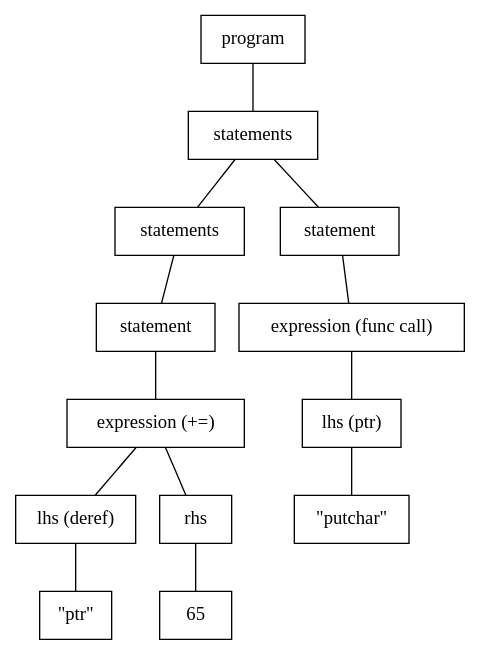
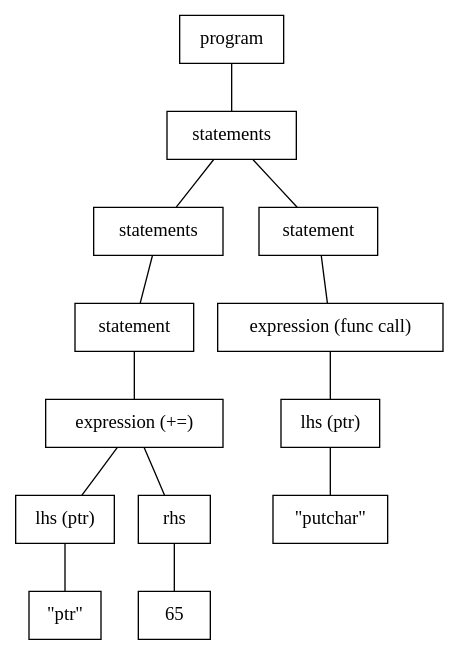
Before and after one commit to Tosainu/tosainu.github.com: the diagram in entry/2019/10/21/make-own-language-and-compiler/g.dot, drawn with Graphviz. The commit also changed 2 other files, not shown here.

```diff
--- a/entry/2019/10/21/make-own-language-and-compiler/g.dot
+++ b/entry/2019/10/21/make-own-language-and-compiler/g.dot
@@ -1,40 +1,40 @@
 graph G {
   node [shape=box];
 
   program -- ss2;
 
   ss2 [label = "statements"];
   ss2 -- ss1;
 
   ss1 [label = "statements"];
 
   s1 [label = "statement"];
   ss1 -- s1;
 
   e1 [label = "expression (+=)"];
   s1 -- e1;
 
-  l1 [label = "lhs (deref)"];
+  l1 [label = "lhs (ptr)"];
   e1 -- l1;
 
   v1 [label = "\"ptr\""];
   l1 -- v1;
 
   r1 [label = "rhs"];
   e1 -- r1;
 
   v2 [label = "65"];
   r1 -- v2;
 
   s2 [label = "statement"];
   ss2 -- s2;
 
   e2 [label = "expression (func call)"];
   s2 -- e2;
 
   l2 [label = "lhs (ptr)"];
   e2 -- l2;
 
   v3 [label = "\"putchar\""];
   l2 -- v3;
 }
```
